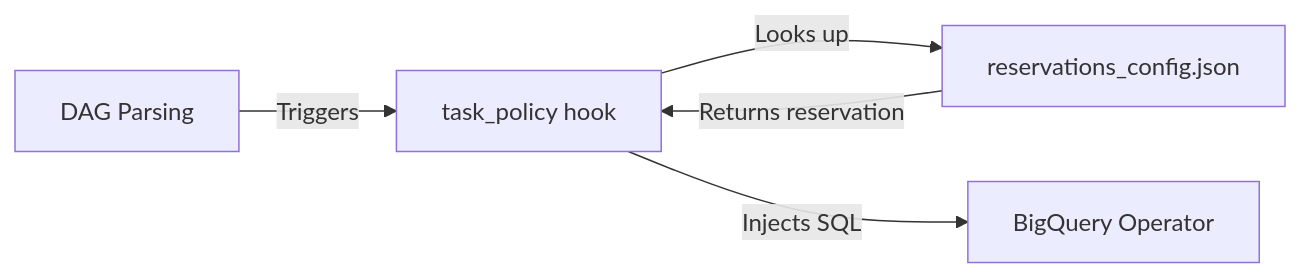
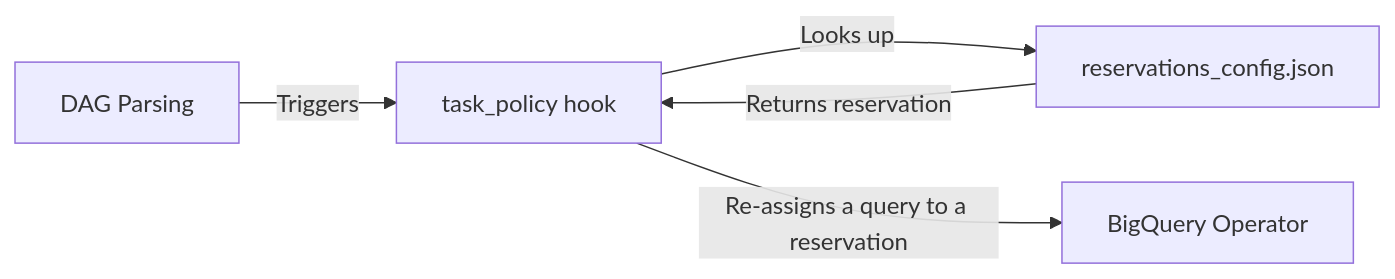
The diagram in README.md (masthead-data/airflow-reservations), drawn with Mermaid before and after one commit. The commit also changed other lines of this file, not shown here.

Commit message:
clarify re-assignment of BigQuery operators

````diff
--- a/README.md
+++ b/README.md
@@ -114,7 +116,7 @@
 ```mermaid
 flowchart LR
     A[DAG Parsing] -->|Triggers| B[task_policy hook]
     B -->|Looks up| C[reservations_config.json]
     C -->|Returns reservation| B
-    B -->|Injects SQL| D[BigQuery Operator]
+    B -->|Re-assigns a query to a reservation| D[BigQuery Operator]
 ```
````
